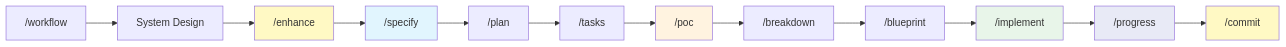
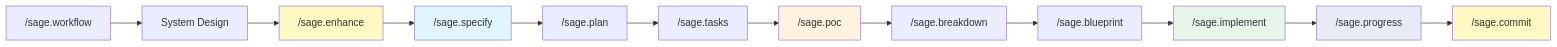
Before and after one commit to Mathews-Tom/sage-dev: the first of 3 diagrams in commands/WORKFLOW_GUIDE.md, drawn with Mermaid. The commit also changed other lines of this file, not shown here.

First line of the commit message:
docs(workflow): update command references to use sage.* naming convention

````diff
--- a/commands/WORKFLOW_GUIDE.md
+++ b/commands/WORKFLOW_GUIDE.md
@@ -28,21 +28,21 @@
 ```mermaid
 graph LR
-    START["/workflow"] --> H[System Design]
-    H --> A["/enhance"]
-    A --> B["/specify"]
-    B --> C["/plan"]
-    C --> D["/tasks"]
-    D --> E["/poc"]
-    E --> F["/breakdown"]
-    F --> G["/blueprint"]
-    G --> I["/implement"]
-    I --> K["/progress"]
-    K --> J["/commit"]
+    START["/sage.workflow"] --> H[System Design]
+    H --> A["/sage.enhance"]
+    A --> B["/sage.specify"]
+    B --> C["/sage.plan"]
+    C --> D["/sage.tasks"]
+    D --> E["/sage.poc"]
+    E --> F["/sage.breakdown"]
+    F --> G["/sage.blueprint"]
+    G --> I["/sage.implement"]
+    I --> K["/sage.progress"]
+    K --> J["/sage.commit"]
 
     style A fill:#fff9c4
     style B fill:#e1f5fe
     style E fill:#fff3e0
     style I fill:#e8f5e9
     style K fill:#e8eaf6
     style J fill:#fff9c4
 ```
````
